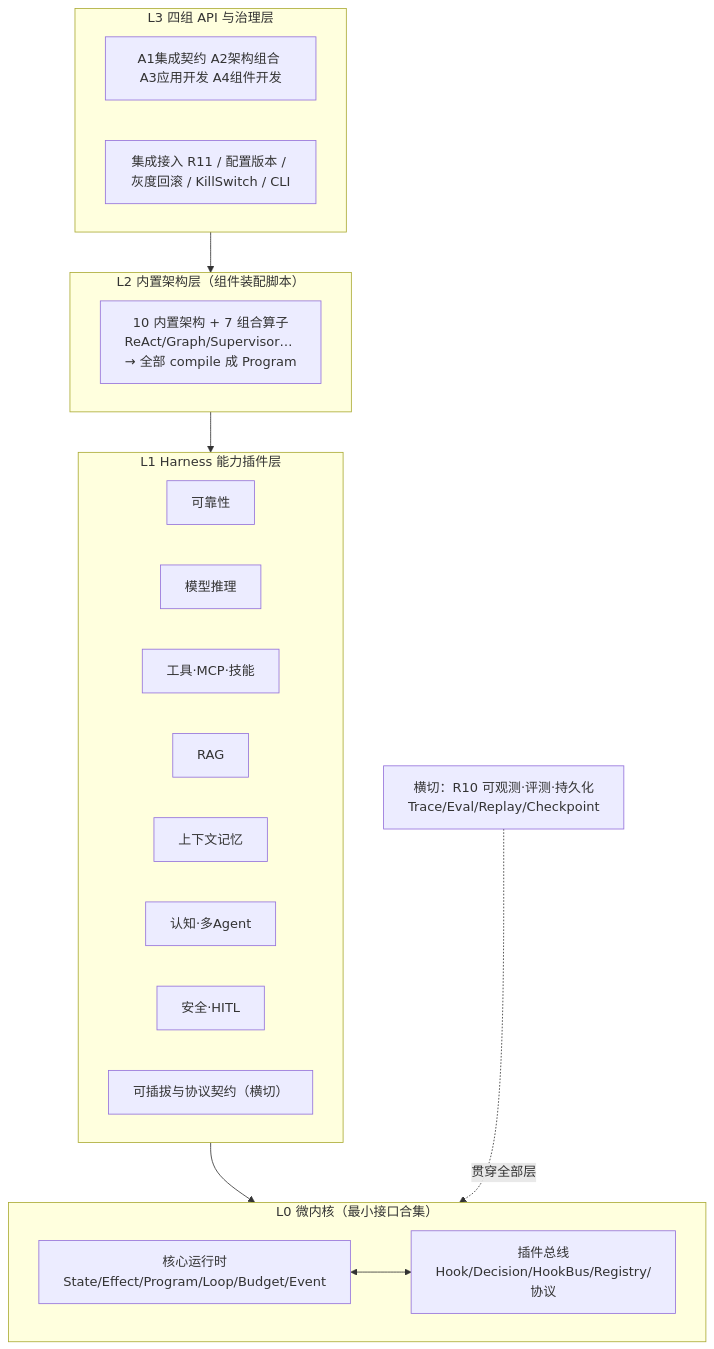
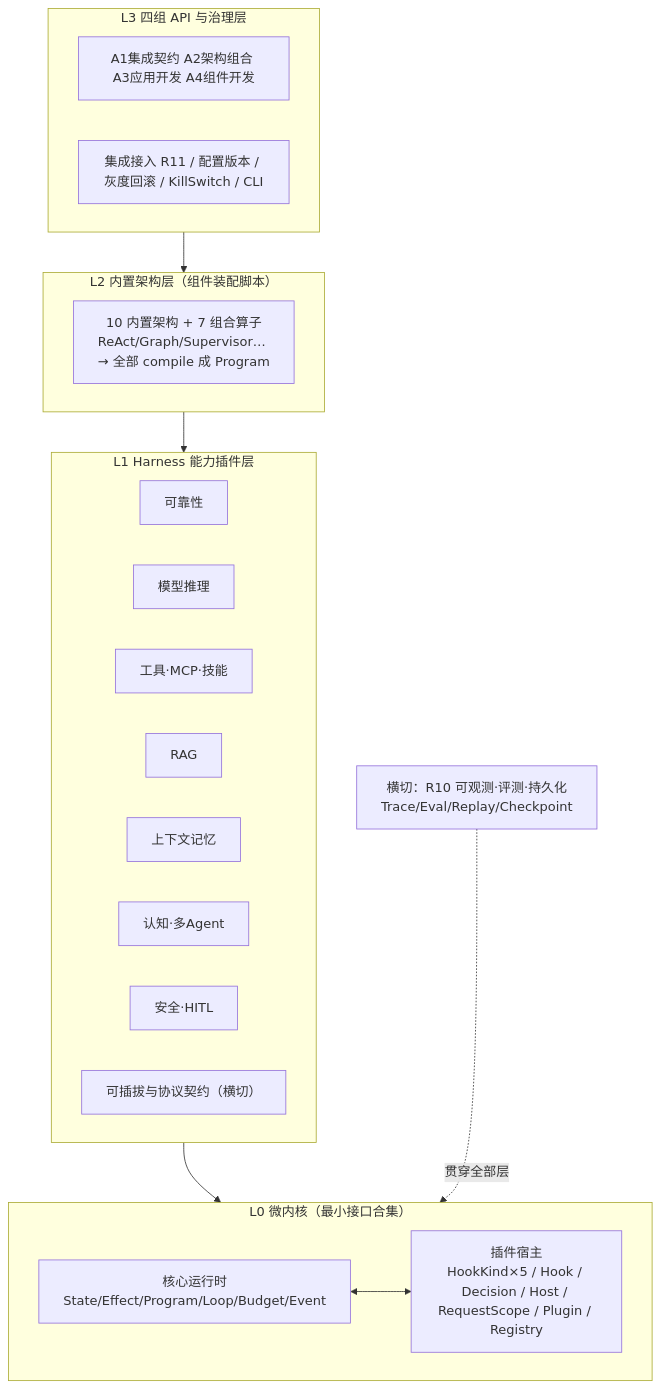
One commit to sao-lang/lll changed the first of 13 diagrams in docs/01-总览与设计/AGENT-总设计.md. Above: the diagram before and after it, drawn with Mermaid. The commit also changed other lines of this file and 67 other files, not shown here.

````diff
--- a/docs/01-总览与设计/AGENT-总设计.md
+++ b/docs/01-总览与设计/AGENT-总设计.md
@@ -86,23 +91,23 @@
 ```mermaid
 flowchart TD
     subgraph L3["L3 四组 API 与治理层"]
         API["A1集成契约 A2架构组合 A3应用开发 A4组件开发"]
         GOV["集成接入 R11 / 配置版本 / 灰度回滚 / KillSwitch / CLI"]
     end
     subgraph L2["L2 内置架构层（组件装配脚本）"]
         R12["10 内置架构 + 7 组合算子<br/>ReAct/Graph/Supervisor… → 全部 compile 成 Program"]
     end
     subgraph L1L["L1 Harness 能力插件层"]
         R3["可靠性"]; R4["模型推理"]; R5["工具·MCP·技能"]
         R6["RAG"]; R7["上下文记忆"]; R8["认知·多Agent"]; R9["安全·HITL"]
         R13["可插拔与协议契约（横切）"]
     end
     subgraph L0L["L0 微内核（最小接口合集）"]
         R1["核心运行时<br/>State/Effect/Program/Loop/Budget/Event"]
-        R2["插件总线<br/>Hook/Decision/HookBus/Registry/协议"]
+        R2["插件宿主<br/>HookKind×5 / Hook / Decision / Host / RequestScope / Plugin / Registry"]
     end
     OBS["横切：R10 可观测·评测·持久化<br/>Trace/Eval/Replay/Checkpoint"]
     L3 --> L2 --> L1L --> L0L
     R1 <--> R2
     OBS -.贯穿全部层.-> L0L
 ```
````
